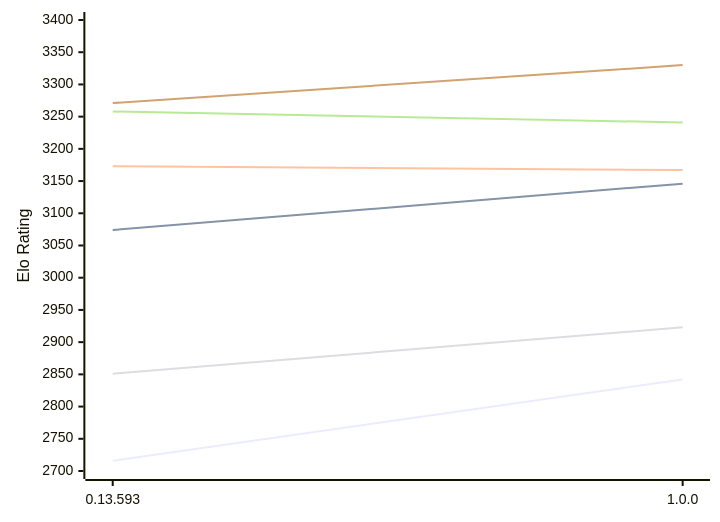
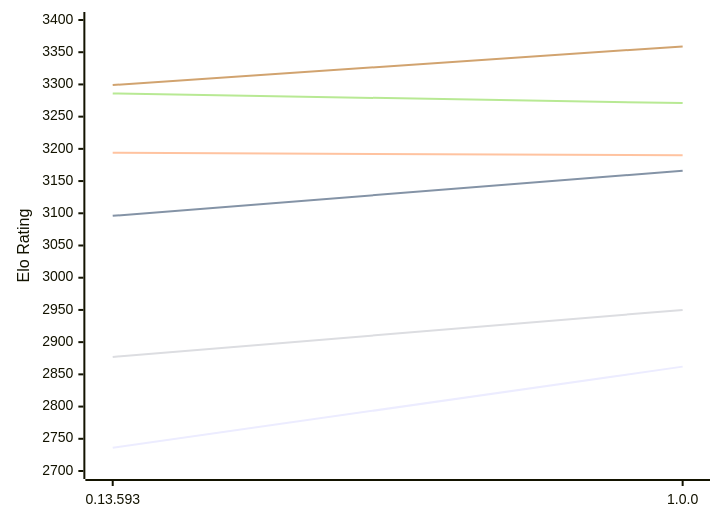
One commit to computer-chess-index/cci changed the diagram in engines/Pawnstar.md. Above: the diagram before and after it, drawn with Mermaid. The commit also changed other lines of this file, not shown here.

Commit message:
Update CCI Ratings (ELO VLTC) - 2026-10-20

````diff
--- a/engines/Pawnstar.md
+++ b/engines/Pawnstar.md
@@ -49,12 +49,12 @@
 ```mermaid
 %%{init: {"theme":"base","themeVariables":{"seriesColors:['#a3a3a3','#222221','#faa371']}}}%%
 xychart-beta
   x-axis ["0.13.593", "1.0.0"]
   y-axis "Elo Rating" 2700 --> 3400
-  line "E1: STC (8.0+0.08s)" [2716, 2842]
-  line "E1: LTC (60.0+0.60s)" [3074, 3146]
-  line "E1: VLTC (2m24s+1.12s)" [3173, 3167]
-  line "P1: STC (8.0+0.08s)" [2851, 2923]
-  line "P1: LTC (60.0+0.60s)" [3258, 3241]
-  line "P1: VLTC (2m24s+1.12s)" [3271, 3330]
+  line "E1: STC (8.0+0.08s)" [2736, 2862]
+  line "E1: LTC (60.0+0.60s)" [3096, 3166]
+  line "E1: VLTC (2m24s+1.12s)" [3194, 3190]
+  line "P1: STC (8.0+0.08s)" [2877, 2950]
+  line "P1: LTC (60.0+0.60s)" [3286, 3271]
+  line "P1: VLTC (2m24s+1.12s)" [3299, 3359]
 ```
````
